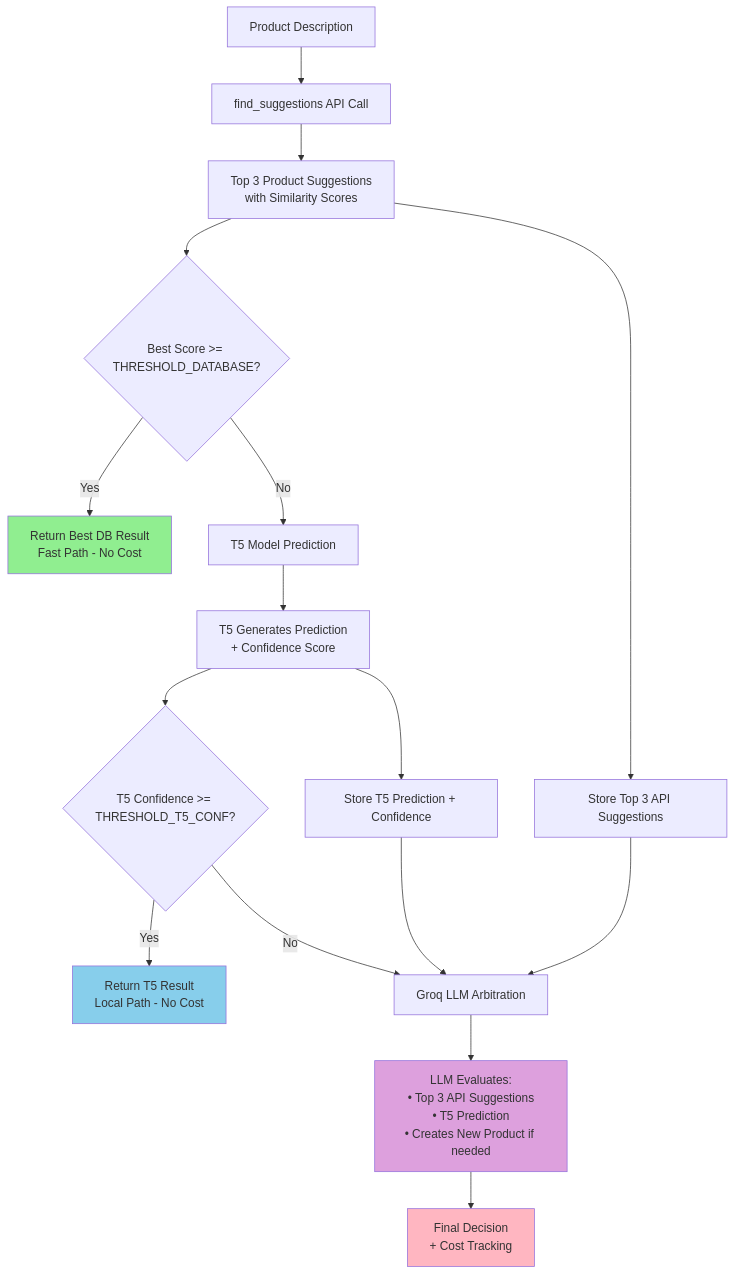
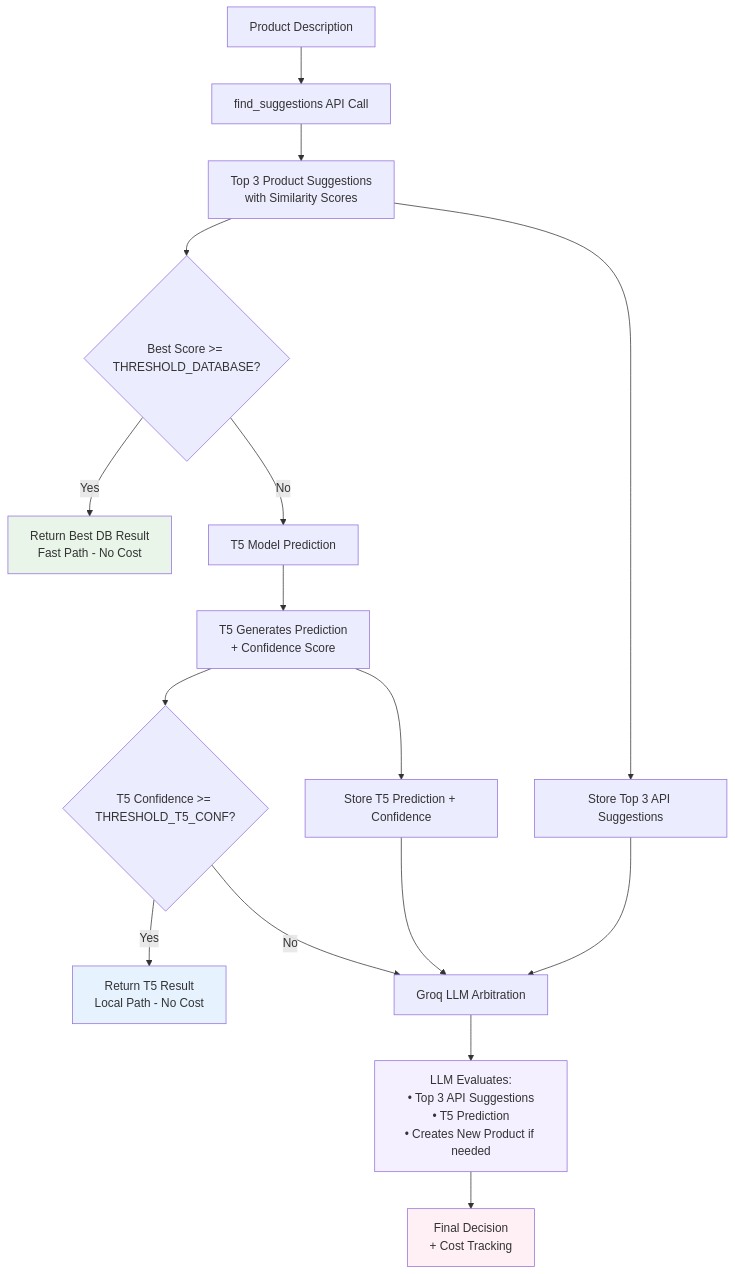
One commit to ismailsaid2001/product_matching_new_api changed the diagram in README.md. Above: the diagram before and after it, drawn with Mermaid.

Commit message:
updated Readme file

````diff
--- a/README.md
+++ b/README.md
@@ -18,25 +18,25 @@
 ```mermaid
 graph TD
     A[Product Description] --> B[find_suggestions API Call]
     B --> B1[Top 3 Product Suggestions<br/>with Similarity Scores]
     B1 --> C{Best Score >= THRESHOLD_DATABASE?}
     C -->|Yes| D[Return Best DB Result<br/>Fast Path - No Cost]
     C -->|No| E[T5 Model Prediction]
     E --> E1[T5 Generates Prediction<br/>+ Confidence Score]
     E1 --> F{T5 Confidence >= THRESHOLD_T5_CONF?}
     F -->|Yes| G[Return T5 Result<br/>Local Path - No Cost]
     F -->|No| H[Groq LLM Arbitration]
     
     B1 --> H1[Store Top 3 API Suggestions]
     E1 --> H2[Store T5 Prediction + Confidence]
     H1 --> H
     H2 --> H
     
     H --> H3[LLM Evaluates:<br/>• Top 3 API Suggestions<br/>• T5 Prediction<br/>• Creates New Product if needed]
     H3 --> I[Final Decision<br/>+ Cost Tracking]
     
-    style D fill:#90EE90
-    style G fill:#87CEEB  
-    style I fill:#FFB6C1
-    style H3 fill:#DDA0DD
+    style D fill:#E8F5E8
+    style G fill:#E6F3FF  
+    style I fill:#FFF0F5
+    style H3 fill:#F5F0FF
 ```
````
